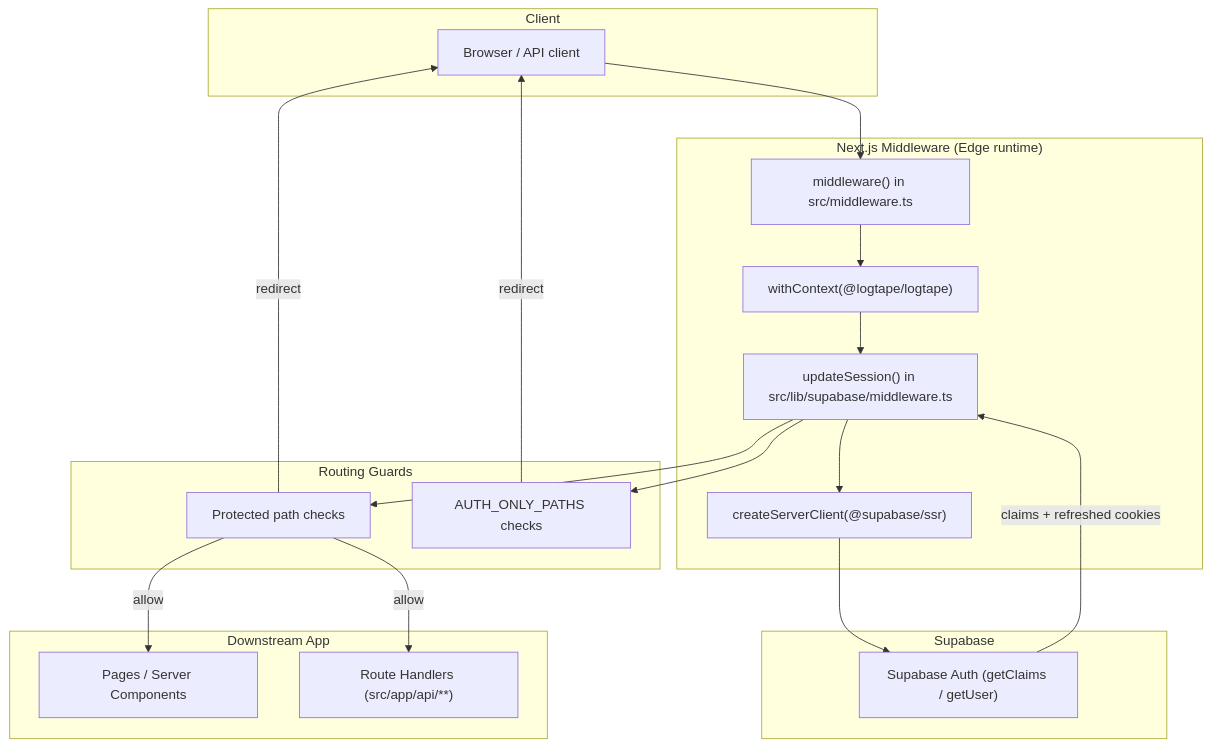
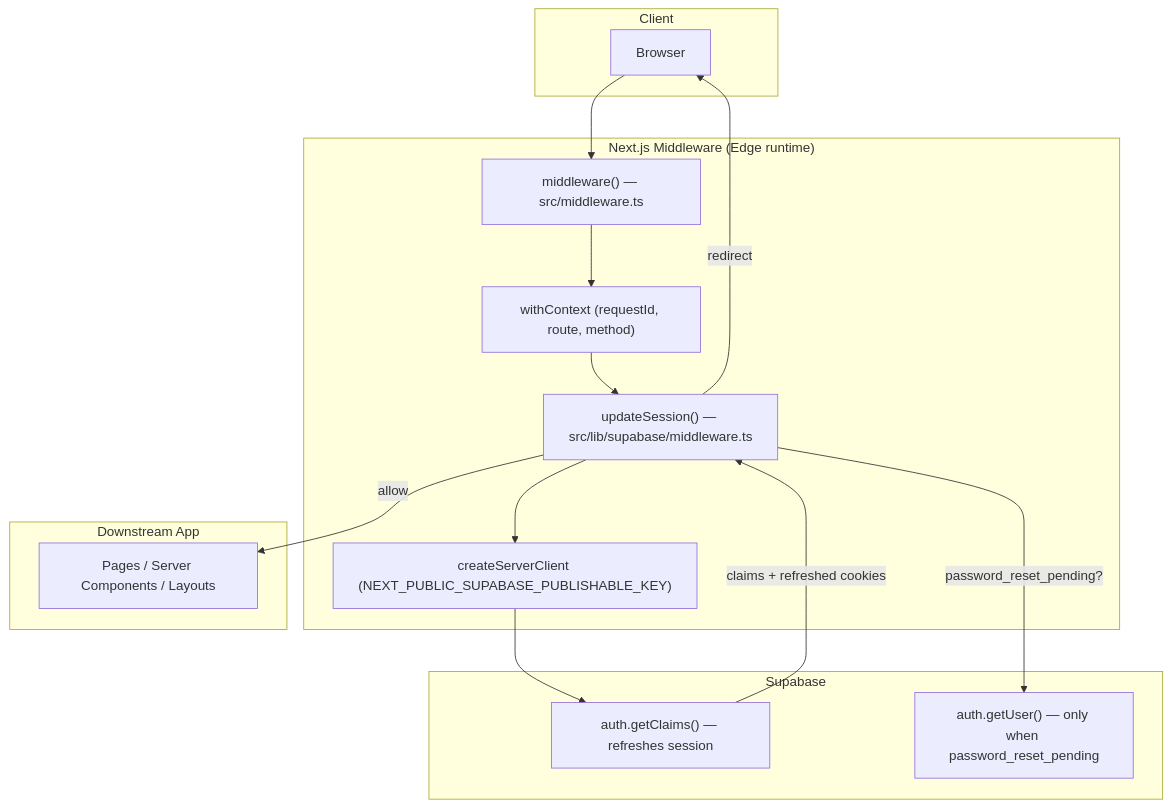
One commit to jackcasstlesjones/ozeaon-wiki changed the first of 2 diagrams in src/content/docs/architecture/middleware-sessions.md. Above: the diagram before and after it, drawn with Mermaid. The commit also changed other lines of this file and 8 other files, not shown here.

Commit message:
docs: trim data model, middleware, auth and account pages and related components

````diff
--- a/src/content/docs/architecture/middleware-sessions.md
+++ b/src/content/docs/architecture/middleware-sessions.md
@@ -52,40 +29,32 @@
 ```mermaid
 flowchart TD
     subgraph sg_Browser["Client"]
-        Browser["Browser / API client"]
+        Browser["Browser"]
     end
 
     subgraph sg_Edge["Next.js Middleware (Edge runtime)"]
-        Entry["middleware() in src/middleware.ts"]
-        Logger["withContext(@logtape/logtape)"]
-        Session["updateSession() in src/lib/supabase/middleware.ts"]
-        SupaClient["createServerClient(@supabase/ssr)"]
+        Entry["middleware() — src/middleware.ts"]
+        Logger["withContext (requestId, route, method)"]
+        Session["updateSession() — src/lib/supabase/middleware.ts"]
+        SupaClient["createServerClient (NEXT_PUBLIC_SUPABASE_PUBLISHABLE_KEY)"]
     end
 
     subgraph sg_Supabase["Supabase"]
-        Auth["Supabase Auth (getClaims / getUser)"]
-    end
-
-    subgraph sg_Guards["Routing Guards"]
-        Protected["Protected path checks"]
-        AuthOnly["AUTH_ONLY_PATHS checks"]
+        Auth["auth.getClaims() — refreshes session"]
+        GetUser["auth.getUser() — only when password_reset_pending"]
     end
 
     subgraph sg_Downstream["Downstream App"]
-        Page["Pages / Server Components"]
-        Api["Route Handlers (src/app/api/**)"]
+        Page["Pages / Server Components / Layouts"]
     end
 
     Browser --> Entry
     Entry --> Logger
     Logger --> Session
     Session --> SupaClient
     SupaClient --> Auth
     Auth -->|"claims + refreshed cookies"| Session
-    Session --> Protected
-    Session --> AuthOnly
-    Protected -->|"allow"| Page
-    Protected -->|"allow"| Api
-    Protected -->|"redirect"| Browser
-    AuthOnly -->|"redirect"| Browser
+    Session -->|"password_reset_pending?"| GetUser
+    Session -->|"allow"| Page
+    Session -->|"redirect"| Browser
 ```
````
